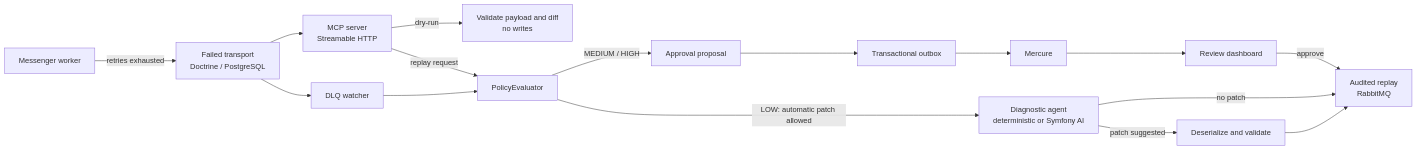
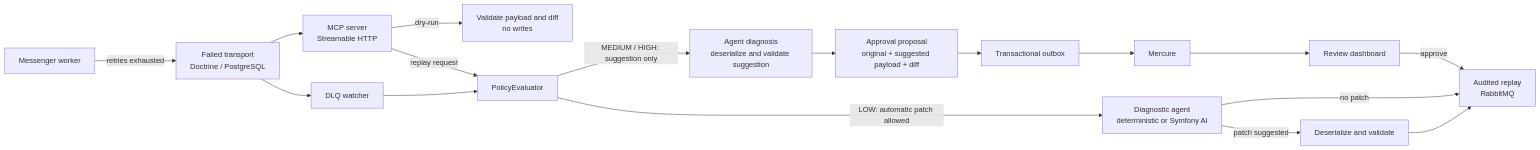
The diagram in README.md (enigma972/dql-doctor), drawn with Mermaid before and after one commit. The commit also changed other lines of this file and 5 other files, not shown here.

````diff
--- a/README.md
+++ b/README.md
@@ -7,18 +7,19 @@
 ```mermaid
 flowchart LR
     M["Messenger worker"] -->|retries exhausted| F["Failed transport<br/>Doctrine / PostgreSQL"]
     F --> W["DLQ watcher"]
     F --> MCP["MCP server<br/>Streamable HTTP"]
     MCP -->|dry-run| D["Validate payload and diff<br/>no writes"]
     W --> P["PolicyEvaluator"]
     MCP -->|replay request| P
     P -->|LOW: automatic patch allowed| A["Diagnostic agent<br/>deterministic or Symfony AI"]
     A -->|patch suggested| V["Deserialize and validate"]
     V --> R["Audited replay<br/>RabbitMQ"]
     A -->|no patch| R
-    P -->|MEDIUM / HIGH| Q["Approval proposal"]
+    P -->|MEDIUM / HIGH: suggestion only| S["Agent diagnosis<br/>deserialize and validate suggestion"]
+    S --> Q["Approval proposal<br/>original + suggested payload + diff"]
     Q --> O["Transactional outbox"]
     O --> H["Mercure"]
     H --> UI["Review dashboard"]
     UI -->|approve| R
 ```
````
